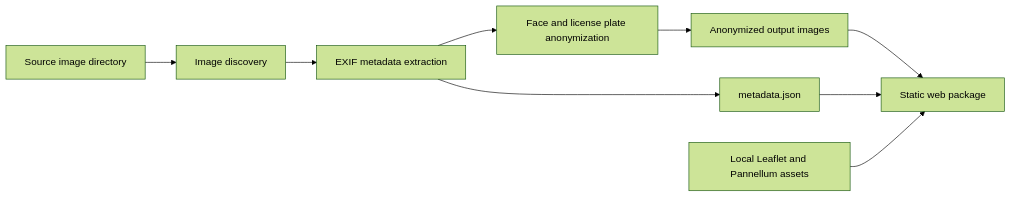
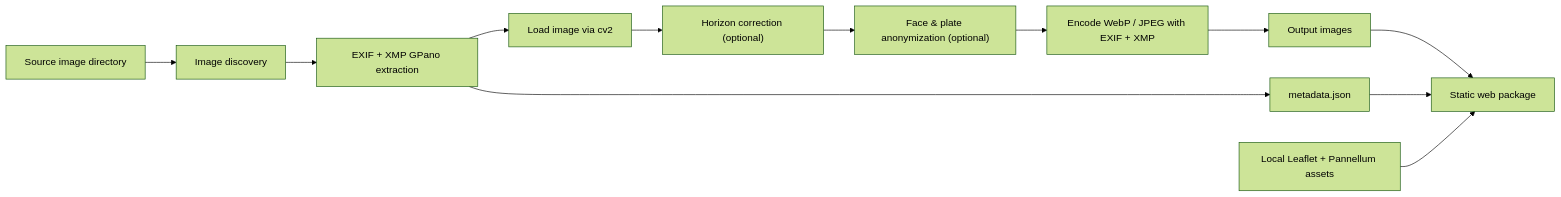
The diagram in PROJECT_DEVELOPMENT_PLAN.md (ForumViriumHelsinki/street-viewer-360), drawn with Mermaid (forest theme) before and after one commit. The commit also changed other lines of this file and 1 other file, not shown here.

First line of the commit message:
docs: refresh architecture doc and plan parallelization in TODO

````diff
--- a/PROJECT_DEVELOPMENT_PLAN.md
+++ b/PROJECT_DEVELOPMENT_PLAN.md
@@ -62,11 +40,14 @@
 ```mermaid
 flowchart LR
     InputImages["Source image directory"] --> ImageDiscovery["Image discovery"]
-    ImageDiscovery --> MetadataExtraction["EXIF metadata extraction"]
-    MetadataExtraction --> Anonymization["Face and license plate anonymization"]
-    Anonymization --> OutputImages["Anonymized output images"]
+    ImageDiscovery --> MetadataExtraction["EXIF + XMP GPano extraction"]
+    MetadataExtraction --> Decode["Load image via cv2"]
+    Decode --> Horizon["Horizon correction (optional)"]
+    Horizon --> Anonymization["Face & plate anonymization (optional)"]
+    Anonymization --> Encode["Encode WebP / JPEG with EXIF + XMP"]
+    Encode --> OutputImages["Output images"]
     MetadataExtraction --> MetadataJson["metadata.json"]
     OutputImages --> StaticPackage["Static web package"]
     MetadataJson --> StaticPackage
-    LocalAssets["Local Leaflet and Pannellum assets"] --> StaticPackage
+    LocalAssets["Local Leaflet + Pannellum assets"] --> StaticPackage
 ```
````
